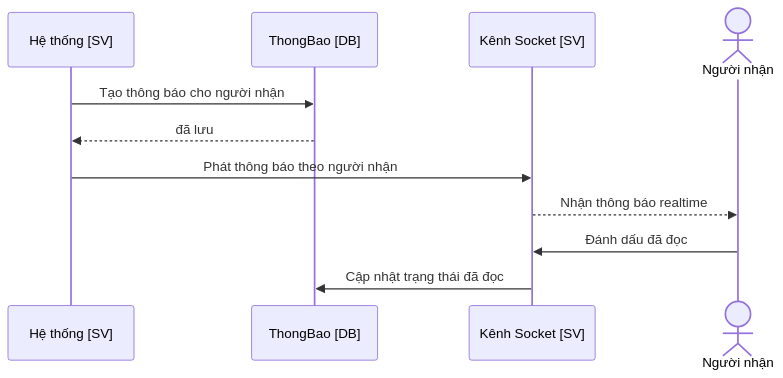
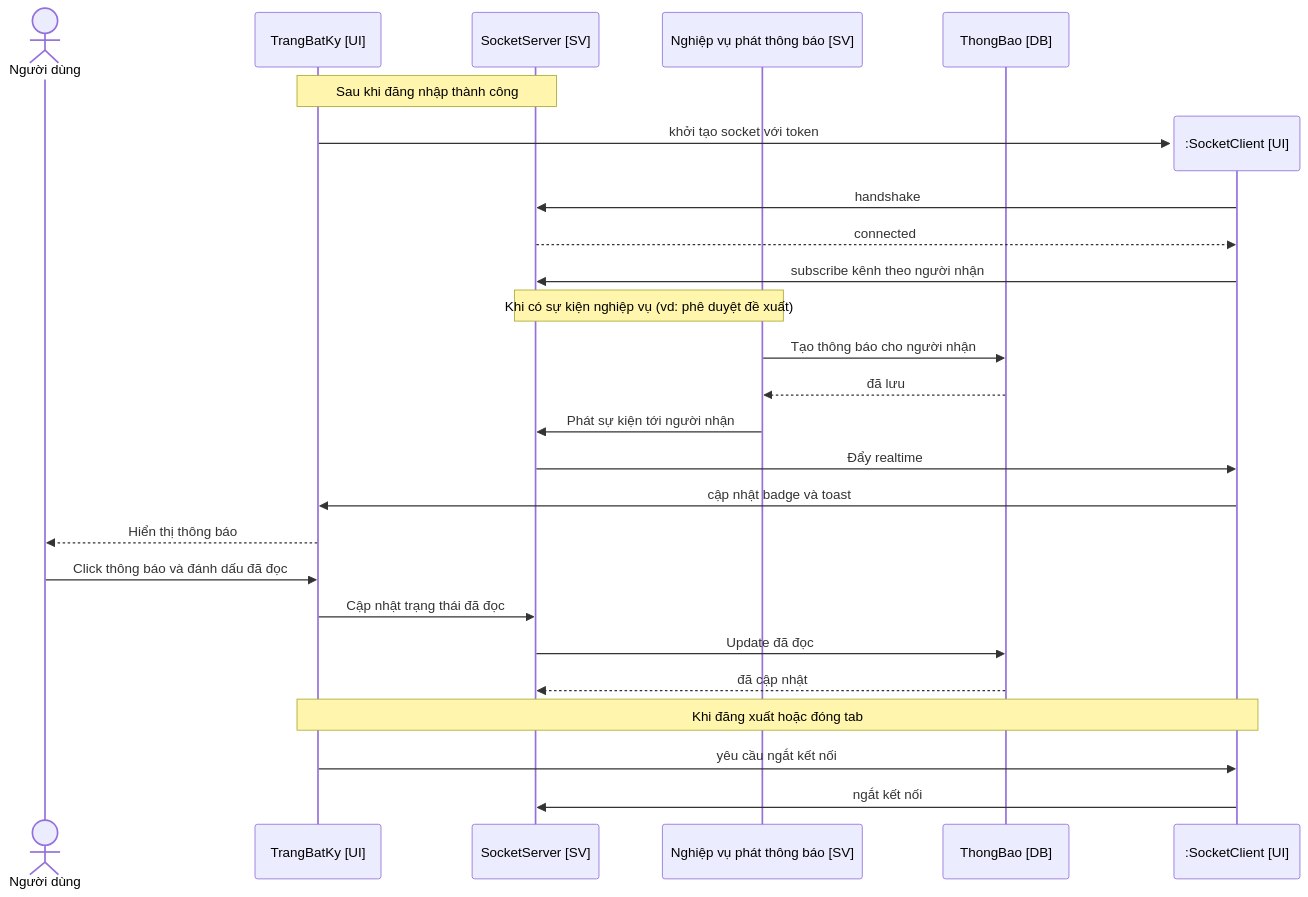
The sixth of 9 diagrams in docs/diagrams/05-sequence.md (tranducbk/DATN_PM_QLKT), drawn with Mermaid before and after one commit. The commit also changed other lines of this file and 123 other files, not shown here.

````diff
--- a/docs/diagrams/05-sequence.md
+++ b/docs/diagrams/05-sequence.md
@@ -182,14 +203,33 @@
 ```mermaid
 sequenceDiagram
-    participant Sys as Hệ thống [SV]
+    actor User as Người dùng
+    participant Page as TrangBatKy [UI]
+    participant Server as SocketServer [SV]
+    participant Sys as Nghiệp vụ phát thông báo [SV]
     participant TB as ThongBao [DB]
-    participant Sock as Kênh Socket [SV]
-    actor User as Người nhận
 
+    Note over Page,Server: Sau khi đăng nhập thành công
+    create participant Sock as :SocketClient [UI]
+    Page->>Sock: khởi tạo socket với token
+    Sock->>Server: handshake
+    Server-->>Sock: connected
+    Sock->>Server: subscribe kênh theo người nhận
+
+    Note over Sys,Server: Khi có sự kiện nghiệp vụ (vd: phê duyệt đề xuất)
     Sys->>TB: Tạo thông báo cho người nhận
     TB-->>Sys: đã lưu
-    Sys->>Sock: Phát thông báo theo người nhận
-    Sock-->>User: Nhận thông báo realtime
-    User->>Sock: Đánh dấu đã đọc
-    Sock->>TB: Cập nhật trạng thái đã đọc
+    Sys->>Server: Phát sự kiện tới người nhận
+    Server->>Sock: Đẩy realtime
+    Sock->>Page: cập nhật badge và toast
+    Page-->>User: Hiển thị thông báo
+
+    User->>Page: Click thông báo và đánh dấu đã đọc
+    Page->>Server: Cập nhật trạng thái đã đọc
+    Server->>TB: Update đã đọc
+    TB-->>Server: đã cập nhật
+
+    Note over Page,Sock: Khi đăng xuất hoặc đóng tab
+    Page->>Sock: yêu cầu ngắt kết nối
+    Sock->>Server: ngắt kết nối
+    destroy Sock
 ```
````
